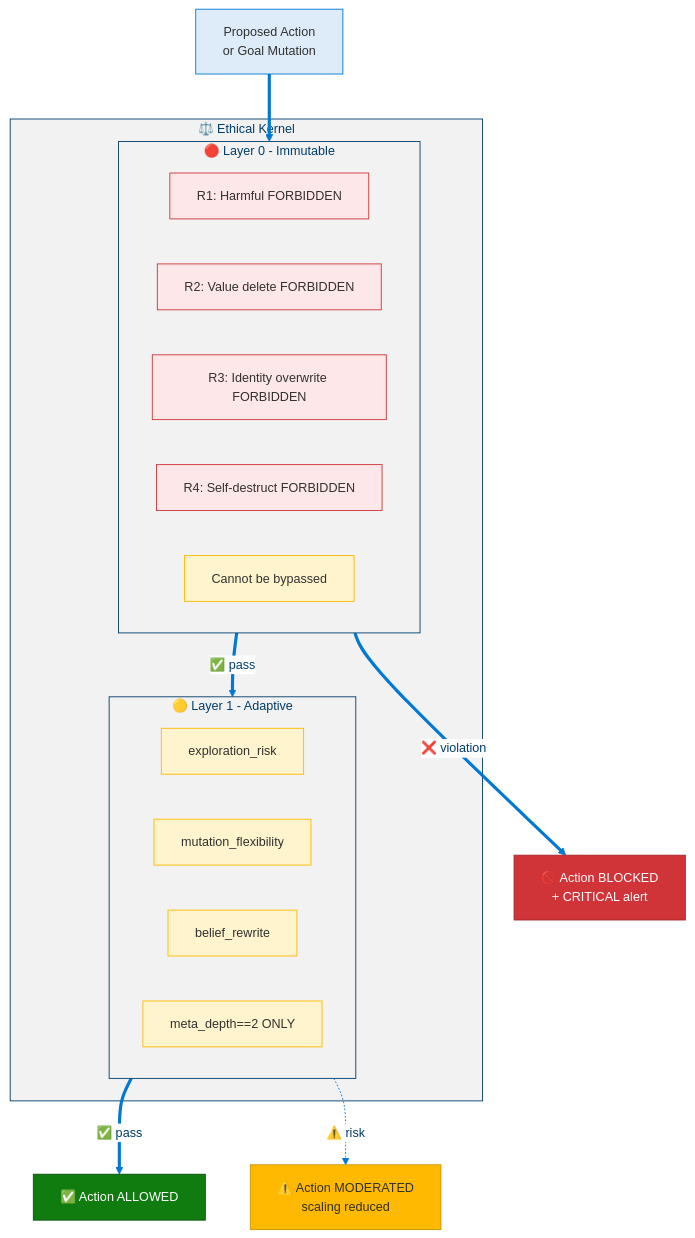
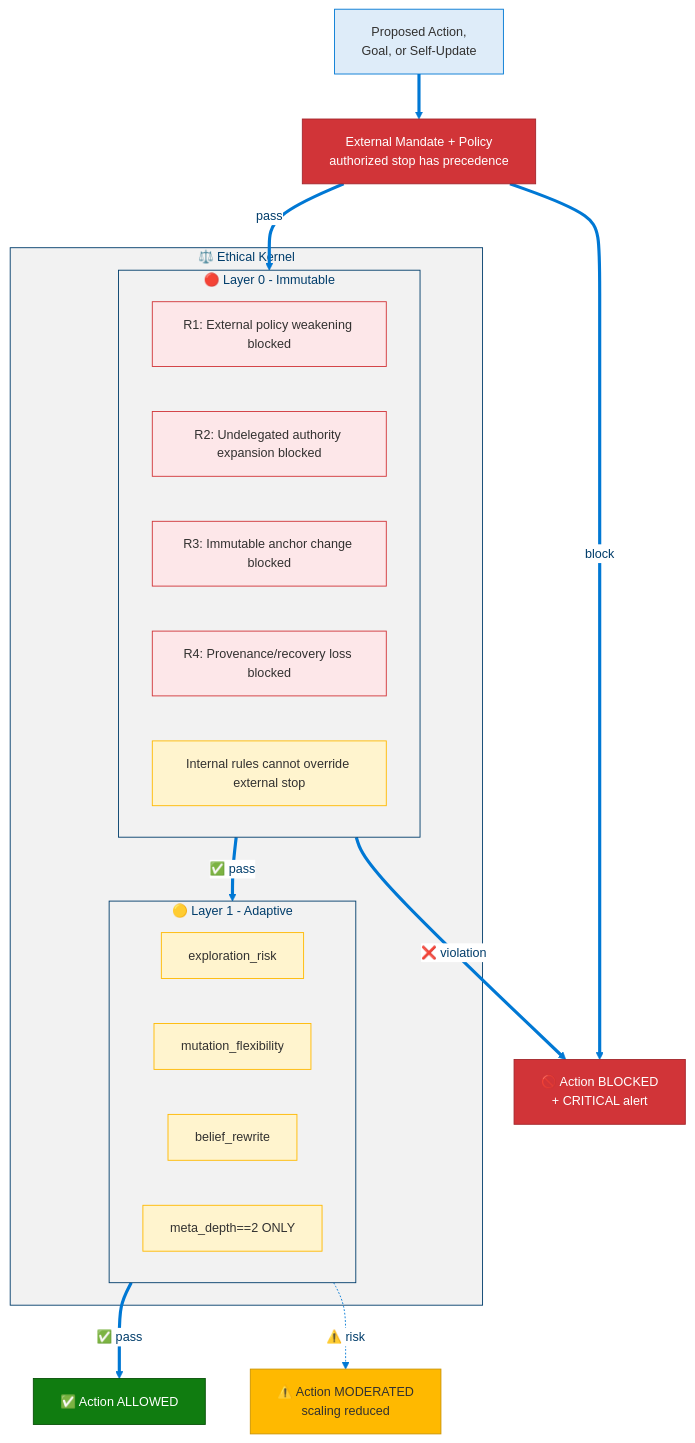
Diagram 11 of 19 in docs/levels/Level_3_Self_Regulating_Agent.md (dotnetpower/mscp), drawn with Mermaid before and after one commit. The commit also changed other lines of this file and 21 other files, not shown here.

````diff
--- a/docs/levels/Level_3_Self_Regulating_Agent.md
+++ b/docs/levels/Level_3_Self_Regulating_Agent.md
@@ -763,41 +837,45 @@
 ```mermaid
 %%{init: {'theme': 'base', 'themeVariables': {'primaryColor': '#0078D4', 'primaryTextColor': '#003D6B', 'primaryBorderColor': '#003D6B', 'secondaryColor': '#50E6FF', 'secondaryTextColor': '#323130', 'secondaryBorderColor': '#00BCF2', 'tertiaryColor': '#F2F2F2', 'tertiaryTextColor': '#323130', 'lineColor': '#0078D4', 'textColor': '#323130', 'mainBkg': '#DEECF9', 'nodeBorder': '#0078D4', 'clusterBkg': '#F2F2F2', 'clusterBorder': '#003D6B', 'titleColor': '#003D6B', 'edgeLabelBackground': '#FFFFFF', 'fontSize': '14px'}}}%%
 flowchart TD
   classDef input fill:#DEECF9,stroke:#0078D4,color:#323130
   classDef immutable fill:#D13438,stroke:#A4262C,color:#FFF
   classDef immutableRule fill:#FDE7E9,stroke:#D13438,color:#323130
   classDef adaptive fill:#FFF4CE,stroke:#FFB900,color:#323130
   classDef block fill:#D13438,stroke:#A4262C,color:#FFF
   classDef allow fill:#107C10,stroke:#085108,color:#FFF
   classDef moderate fill:#FFB900,stroke:#CC9400,color:#323130
 
-  INPUT["Proposed Action<br/>or Goal Mutation"]:::input
+  INPUT["Proposed Action,<br/>Goal, or Self-Update"]:::input
+
+  EXTERNAL["External Mandate + Policy<br/>authorized stop has precedence"]:::immutable
 
   subgraph EthicalKernel["⚖️ Ethical Kernel"]
     subgraph Layer0["🔴 Layer 0 - Immutable"]
       direction LR
-      R1["R1: Harmful FORBIDDEN"]:::immutableRule
-      R2["R2: Value delete FORBIDDEN"]:::immutableRule
-      R3["R3: Identity overwrite FORBIDDEN"]:::immutableRule
-      R4["R4: Self-destruct FORBIDDEN"]:::immutableRule
-      NOTE0["Cannot be bypassed"]:::adaptive
+      R1["R1: External policy weakening blocked"]:::immutableRule
+      R2["R2: Undelegated authority expansion blocked"]:::immutableRule
+      R3["R3: Immutable anchor change blocked"]:::immutableRule
+      R4["R4: Provenance/recovery loss blocked"]:::immutableRule
+      NOTE0["Internal rules cannot override external stop"]:::adaptive
     end
     subgraph Layer1["🟡 Layer 1 - Adaptive"]
       direction LR
       P1["exploration_risk"]:::adaptive
       P2["mutation_flexibility"]:::adaptive
       P3["belief_rewrite"]:::adaptive
       COND["meta_depth==2 ONLY"]:::adaptive
     end
   end
 
   BLOCK["🚫 Action BLOCKED<br/>+ CRITICAL alert"]:::block
   ALLOW["✅ Action ALLOWED"]:::allow
   REDUCE["⚠️ Action MODERATED<br/>scaling reduced"]:::moderate
 
-  INPUT ==> Layer0
+  INPUT ==> EXTERNAL
+  EXTERNAL ==>|pass| Layer0
+  EXTERNAL ==>|block| BLOCK
   Layer0 ==>|"✅ pass"| Layer1
   Layer0 ==>|"❌ violation"| BLOCK
   Layer1 ==>|"✅ pass"| ALLOW
   Layer1 -.->|"⚠️ risk"| REDUCE
 ```
````
